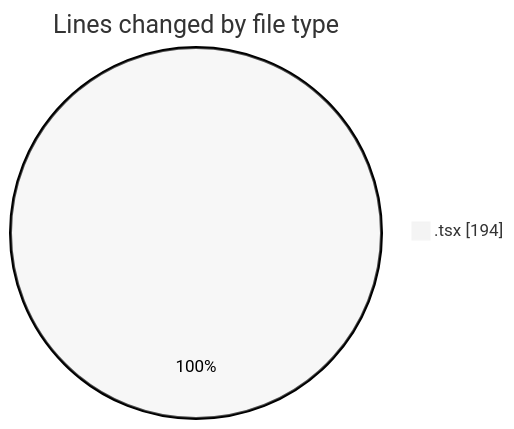
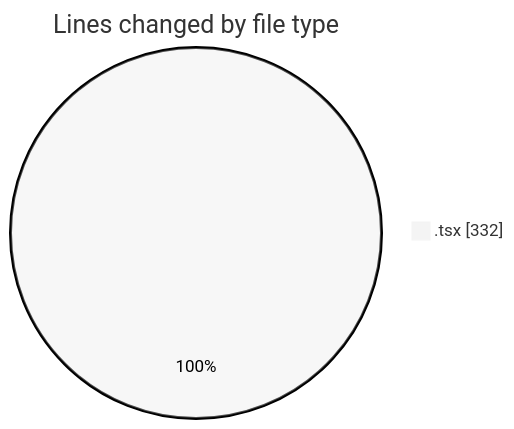
The first of 2 diagrams in 2026-04-27/cda/README.md (momahboobian/code-tracking), drawn with Mermaid (neutral theme) before and after one commit. The commit also changed other lines of this file and 1 other file, not shown here.

````diff
--- a/2026-04-27/cda/README.md
+++ b/2026-04-27/cda/README.md
@@ -20,5 +21,5 @@
 ```mermaid
 pie showData
 title Lines changed by file type
-".tsx" : 194
+".tsx" : 332
 ```
````
